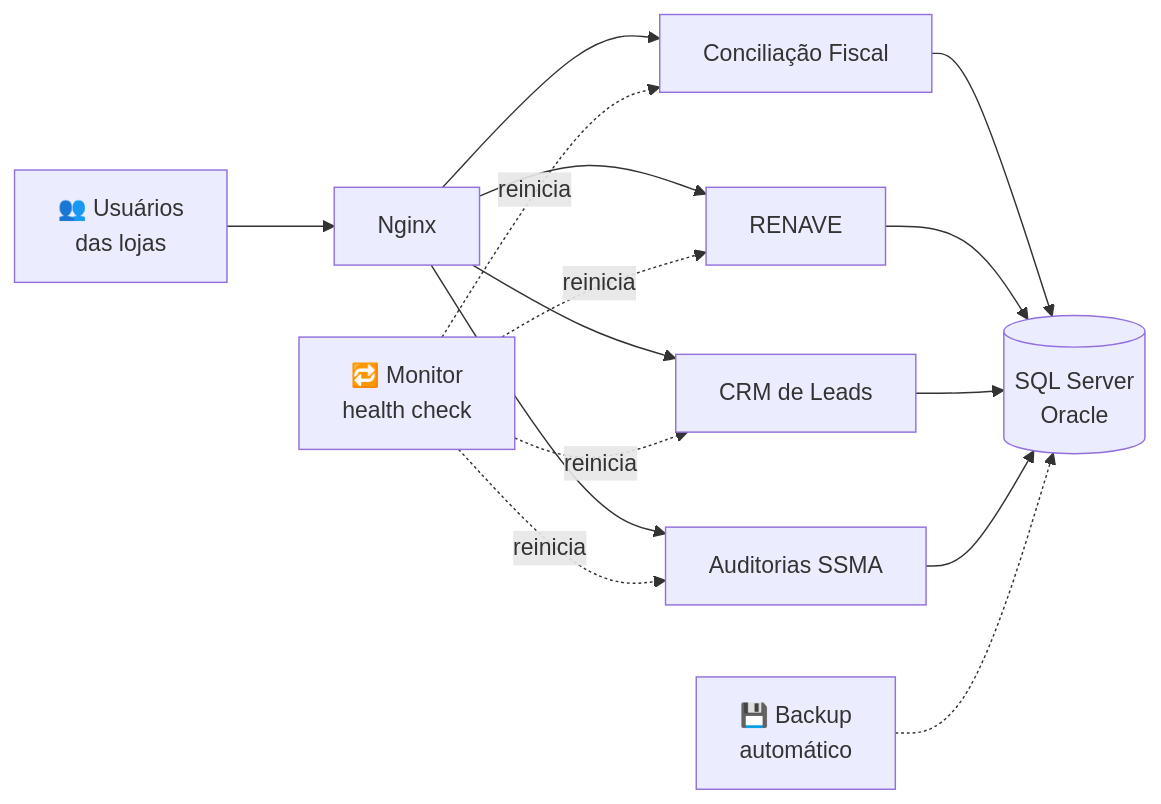
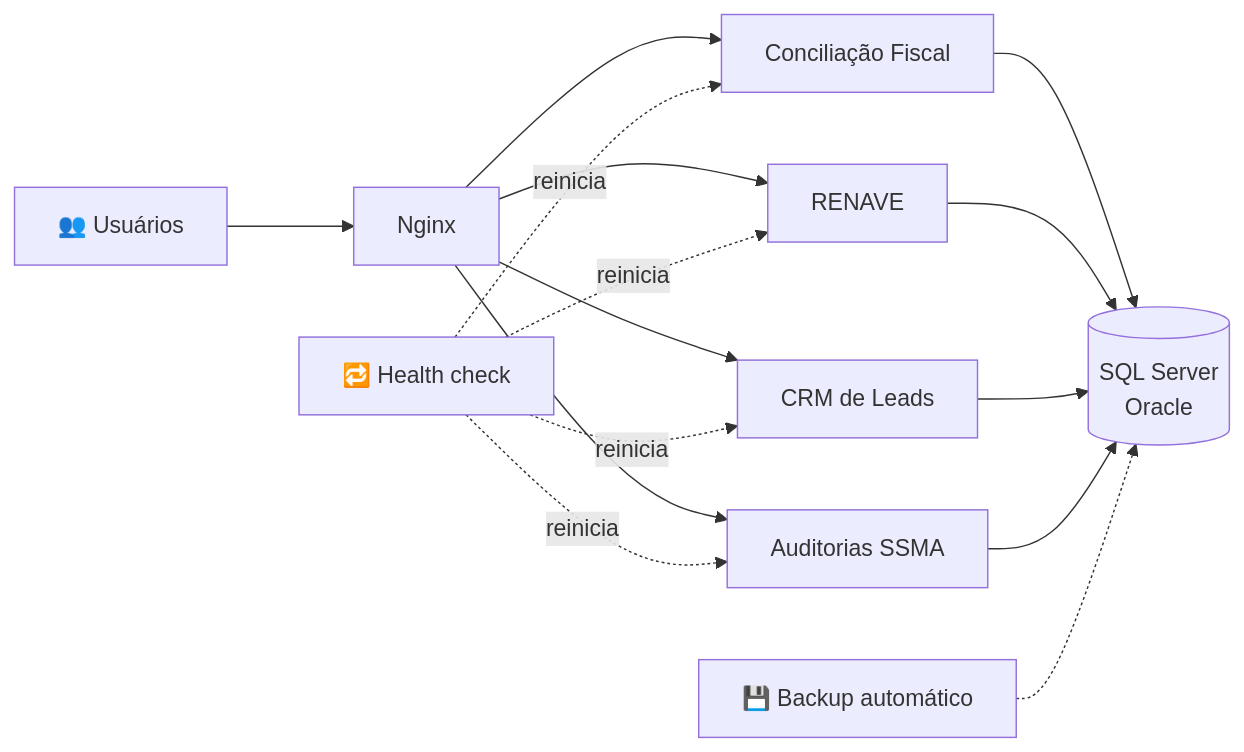
Before and after one commit to gabriel-sar/Portfolio-Gabriel-Saraiva-Brasil: the third of 3 diagrams in README.md, drawn with Mermaid. The commit also changed other lines of this file and 4 other files, not shown here.

````diff
--- a/README.md
+++ b/README.md
@@ -193,11 +270,11 @@
 ```mermaid
 flowchart LR
-    U[👥 Usuários<br>das lojas] --> N[Nginx]
-    N --> S1[Conciliação Fiscal]
-    N --> S2[RENAVE]
-    N --> S3[CRM de Leads]
-    N --> S4[Auditorias SSMA]
-    S1 & S2 & S3 & S4 --> DB[(SQL Server<br>Oracle)]
-    M[🔁 Monitor<br>health check] -.reinicia.-> S1 & S2 & S3 & S4
-    B[💾 Backup<br>automático] -.-> DB
+    U["👥 Usuários"] --> N["Nginx"]
+    N --> S1["Conciliação Fiscal"]
+    N --> S2["RENAVE"]
+    N --> S3["CRM de Leads"]
+    N --> S4["Auditorias SSMA"]
+    S1 & S2 & S3 & S4 --> DB[("SQL Server<br>Oracle")]
+    M["🔁 Health check"] -.reinicia.-> S1 & S2 & S3 & S4
+    B["💾 Backup automático"] -.-> DB
 ```
````
